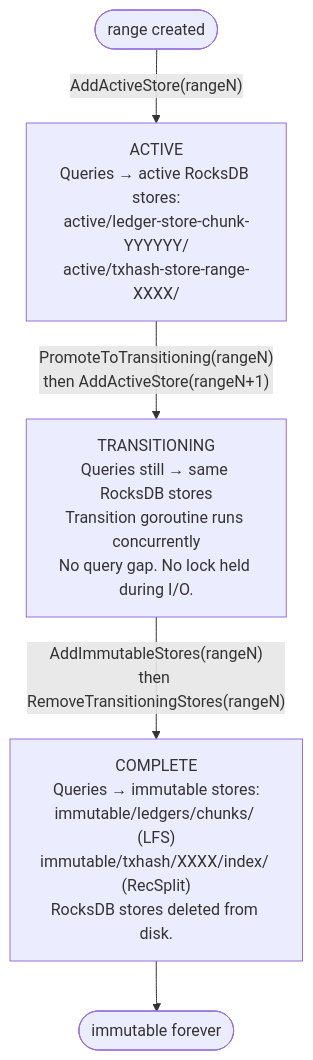
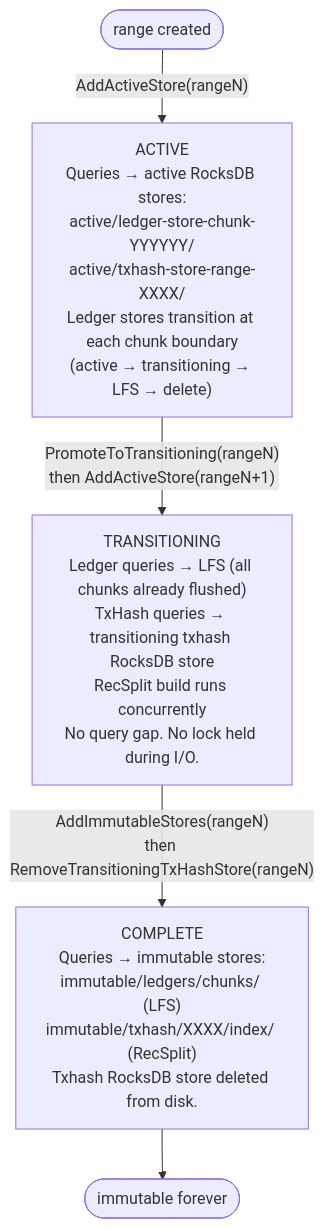
The first of 7 diagrams in design-docs-v2/08-query-routing.md (karthikiyer56/stellar-full-history-ingestion), drawn with Mermaid before and after one commit. The commit also changed other lines of this file and 14 other files, not shown here.

First line of the commit message:
docs: fix streaming model — independent sub-flow transitions at chunk/range cadence

````diff
--- a/design-docs-v2/08-query-routing.md
+++ b/design-docs-v2/08-query-routing.md
@@ -377,13 +421,13 @@
 ```mermaid
 flowchart TD
     START(["range created"])
-    ACTIVE["ACTIVE<br/>Queries → active RocksDB stores:<br/>active/ledger-store-chunk-YYYYYY/<br/>active/txhash-store-range-XXXX/"]
-    TRANSITIONING["TRANSITIONING<br/>Queries still → same RocksDB stores<br/>Transition goroutine runs concurrently<br/>No query gap. No lock held during I/O."]
-    COMPLETE["COMPLETE<br/>Queries → immutable stores:<br/>immutable/ledgers/chunks/ (LFS)<br/>immutable/txhash/XXXX/index/ (RecSplit)<br/>RocksDB stores deleted from disk."]
+    ACTIVE["ACTIVE<br/>Queries → active RocksDB stores:<br/>active/ledger-store-chunk-YYYYYY/<br/>active/txhash-store-range-XXXX/<br/>Ledger stores transition at each chunk boundary<br/>(active → transitioning → LFS → delete)"]
+    TRANSITIONING["TRANSITIONING<br/>Ledger queries → LFS (all chunks already flushed)<br/>TxHash queries → transitioning txhash RocksDB store<br/>RecSplit build runs concurrently<br/>No query gap. No lock held during I/O."]
+    COMPLETE["COMPLETE<br/>Queries → immutable stores:<br/>immutable/ledgers/chunks/ (LFS)<br/>immutable/txhash/XXXX/index/ (RecSplit)<br/>Txhash RocksDB store deleted from disk."]
     END(["immutable forever"])
 
     START -->|"AddActiveStore(rangeN)"| ACTIVE
     ACTIVE -->|"PromoteToTransitioning(rangeN)<br/>then AddActiveStore(rangeN+1)"| TRANSITIONING
-    TRANSITIONING -->|"AddImmutableStores(rangeN)<br/>then RemoveTransitioningStores(rangeN)"| COMPLETE
+    TRANSITIONING -->|"AddImmutableStores(rangeN)<br/>then RemoveTransitioningTxHashStore(rangeN)"| COMPLETE
     COMPLETE --> END
 ```
````
